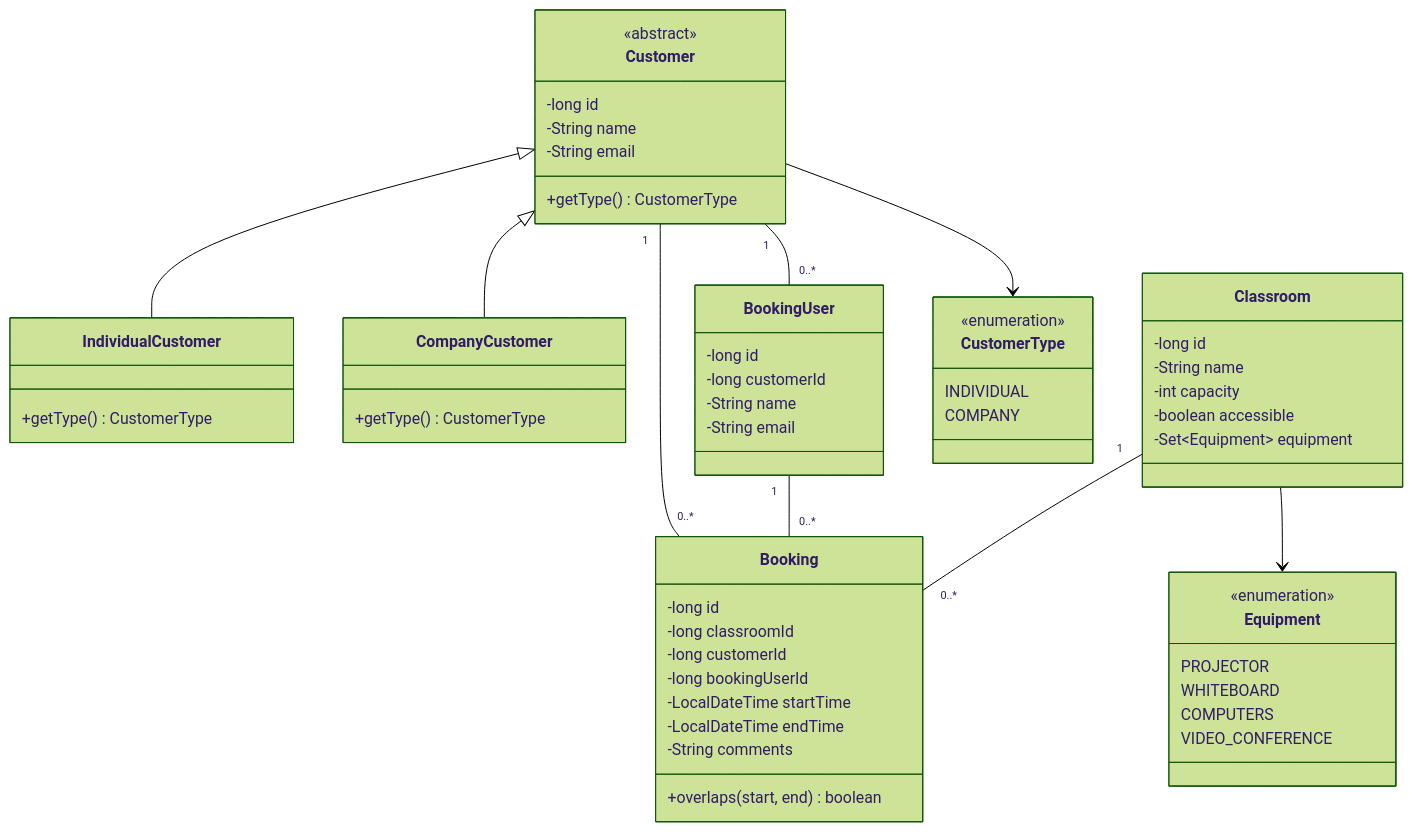
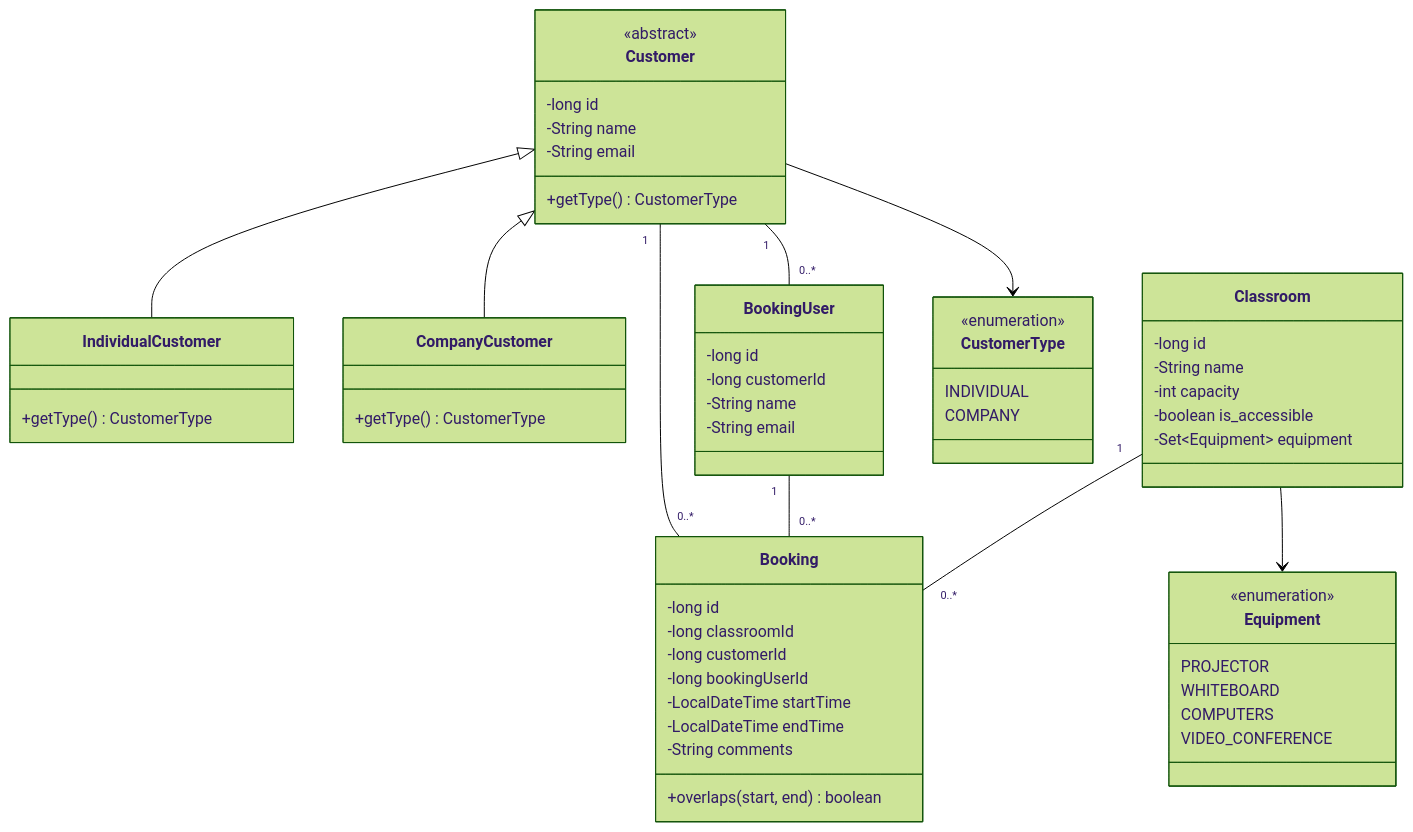
The second of 3 diagrams in docs/DESIGN.md (jackaldzn-blip/classroom-rental-app), drawn with Mermaid (forest theme) before and after one commit. The commit also changed other lines of this file, not shown here.

Commit message:
docs: align ER diagram with corrected SQL column

````diff
--- a/docs/DESIGN.md
+++ b/docs/DESIGN.md
@@ -27,59 +27,59 @@
 ```mermaid
 classDiagram
     class Customer {
         <<abstract>>
         -long id
         -String name
         -String email
         +getType() CustomerType
     }
     class IndividualCustomer {
         +getType() CustomerType
     }
     class CompanyCustomer {
         +getType() CustomerType
     }
     class BookingUser {
         -long id
         -long customerId
         -String name
         -String email
     }
     class Classroom {
         -long id
         -String name
         -int capacity
-        -boolean accessible
+        -boolean is_accessible
         -Set~Equipment~ equipment
     }
     class Booking {
         -long id
         -long classroomId
         -long customerId
         -long bookingUserId
         -LocalDateTime startTime
         -LocalDateTime endTime
         -String comments
         +overlaps(start, end) boolean
     }
     class Equipment {
         <<enumeration>>
         PROJECTOR
         WHITEBOARD
         COMPUTERS
         VIDEO_CONFERENCE
     }
     class CustomerType {
         <<enumeration>>
         INDIVIDUAL
         COMPANY
     }
     Customer <|-- IndividualCustomer
     Customer <|-- CompanyCustomer
     Customer "1" -- "0..*" BookingUser
     Customer "1" -- "0..*" Booking
     BookingUser "1" -- "0..*" Booking
     Classroom "1" -- "0..*" Booking
     Classroom --> Equipment
     Customer --> CustomerType
 ```
````
